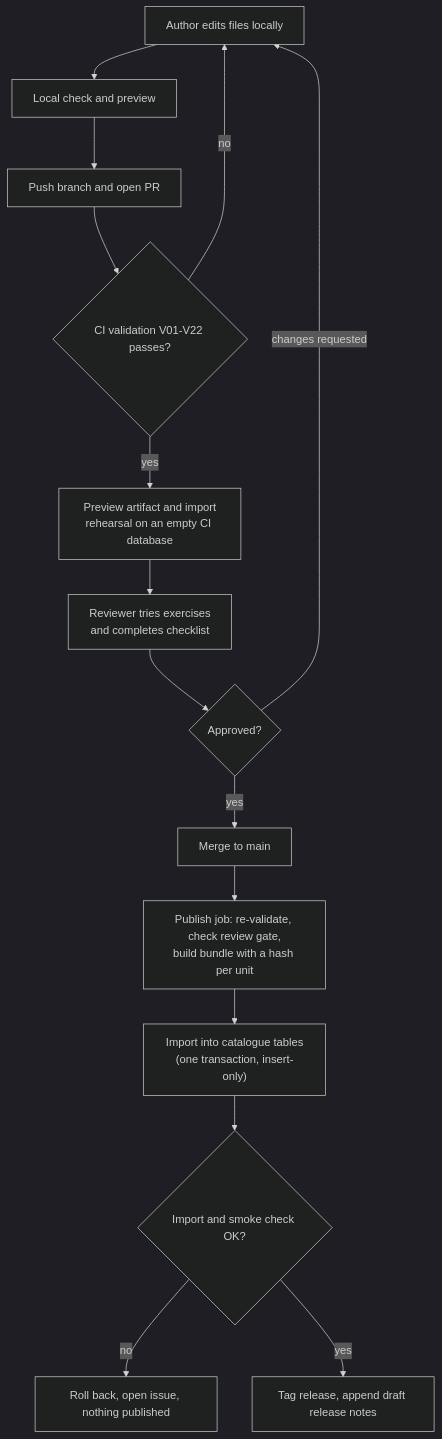
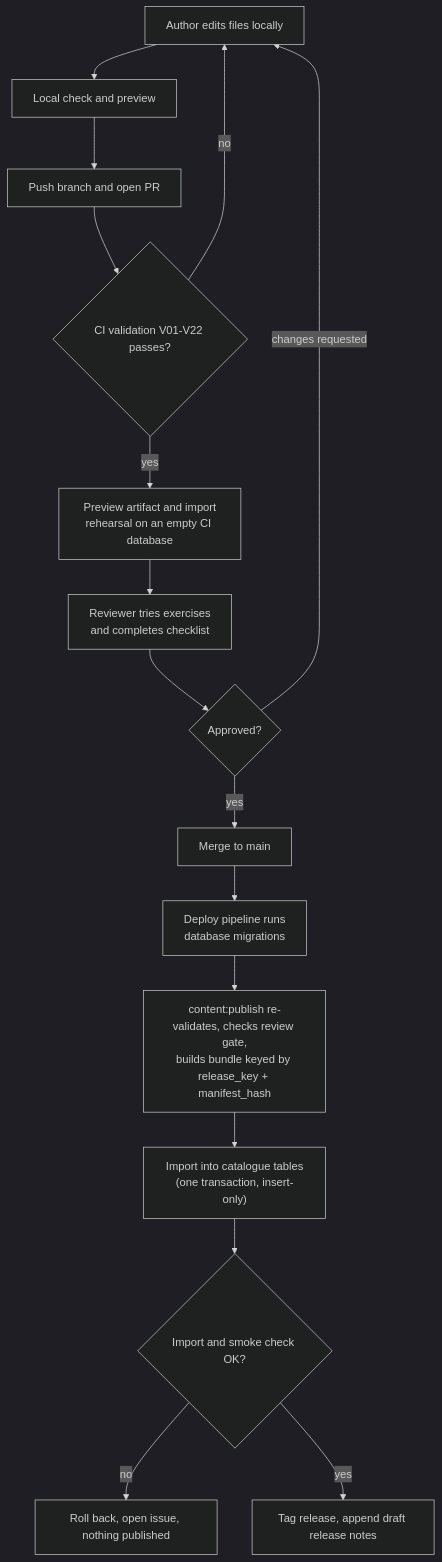
Before and after one commit to GhanshyamSoni68/app_idea: the third of 4 diagrams in devstep/docs/06-content-system.md, drawn with Mermaid (dark theme). The commit also changed other lines of this file and 8 other files, not shown here.

````diff
--- a/devstep/docs/06-content-system.md
+++ b/devstep/docs/06-content-system.md
@@ -429,17 +502,18 @@
 ```mermaid
 flowchart TD
   A["Author edits files locally"] --> B["Local check and preview"]
   B --> C["Push branch and open PR"]
   C --> D{"CI validation V01-V22 passes?"}
   D -->|no| A
   D -->|yes| E["Preview artifact and import<br/>rehearsal on an empty CI database"]
   E --> F["Reviewer tries exercises<br/>and completes checklist"]
   F --> G{"Approved?"}
   G -->|changes requested| A
   G -->|yes| H["Merge to main"]
-  H --> I["Publish job: re-validate, check review gate,<br/>build bundle with a hash per unit"]
+  H --> HM["Deploy pipeline runs<br/>database migrations"]
+  HM --> I["content:publish re-validates, checks review gate,<br/>builds bundle keyed by release_key + manifest_hash"]
   I --> K["Import into catalogue tables<br/>(one transaction, insert-only)"]
   K --> L{"Import and smoke check OK?"}
   L -->|no| M["Roll back, open issue, nothing published"]
   L -->|yes| N["Tag release, append draft release notes"]
 ```
````
